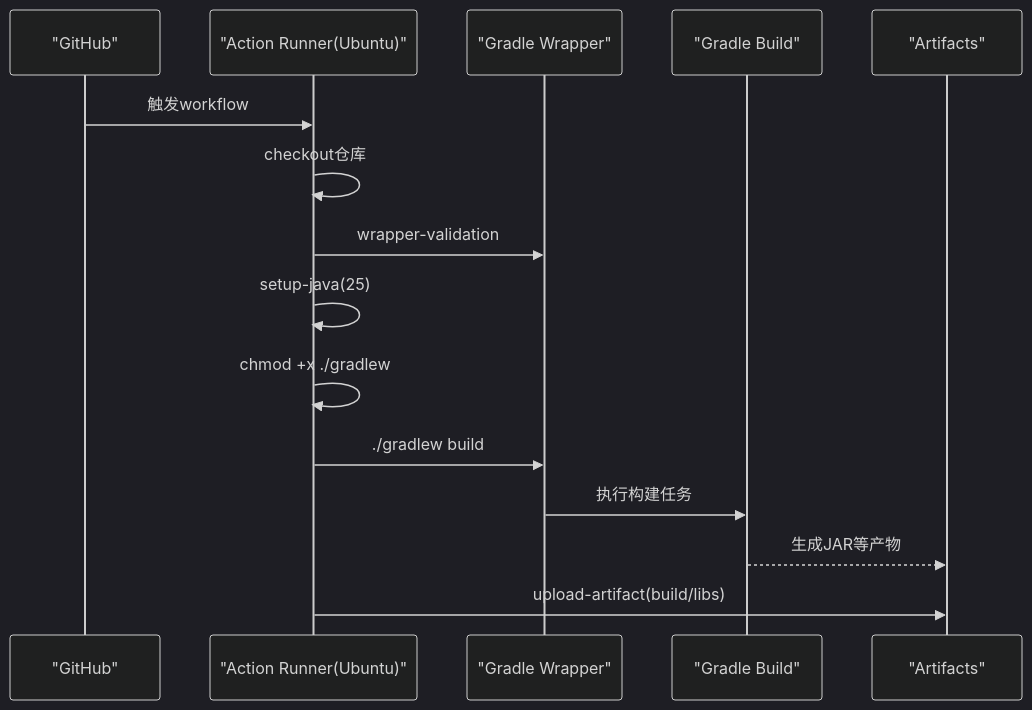
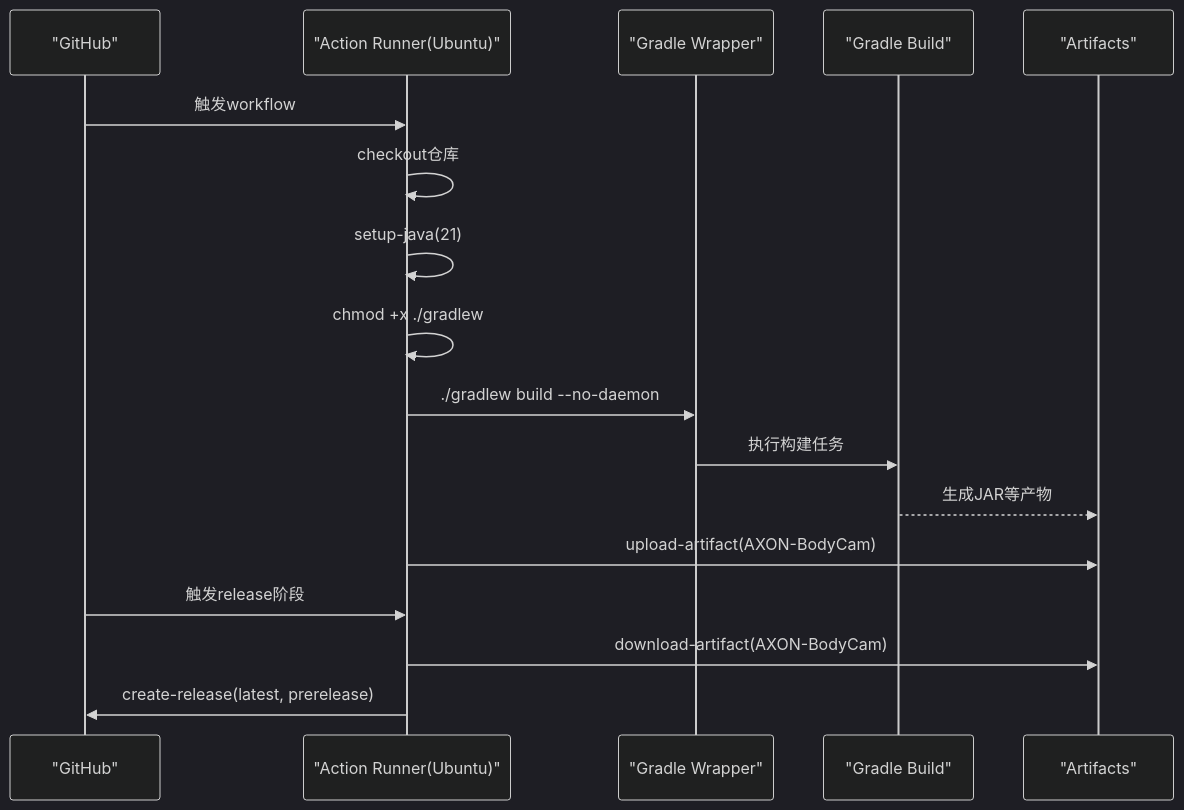
The fourth of 5 diagrams in .qoder/repowiki/zh/content/构建与部署.md (Manager20211/AxonBodyCam2), drawn with Mermaid (dark theme) before and after one commit. The commit also changed other lines of this file and 11 other files, not shown here.

````diff
--- a/.qoder/repowiki/zh/content/构建与部署.md
+++ b/.qoder/repowiki/zh/content/构建与部署.md
@@ -224,17 +234,19 @@
 ```mermaid
 sequenceDiagram
 participant GH as "GitHub"
 participant Act as "Action Runner(Ubuntu)"
 participant GW as "Gradle Wrapper"
 participant Build as "Gradle Build"
 participant Art as "Artifacts"
 GH->>Act : 触发workflow
 Act->>Act : checkout仓库
-Act->>GW : wrapper-validation
-Act->>Act : setup-java(25)
+Act->>Act : setup-java(21)
 Act->>Act : chmod +x ./gradlew
-Act->>GW : ./gradlew build
+Act->>GW : ./gradlew build --no-daemon
 GW->>Build : 执行构建任务
 Build-->>Art : 生成JAR等产物
-Act->>Art : upload-artifact(build/libs)
+Act->>Art : upload-artifact(AXON-BodyCam)
+GH->>Act : 触发release阶段
+Act->>Art : download-artifact(AXON-BodyCam)
+Act->>GH : create-release(latest, prerelease)
 ```
````
